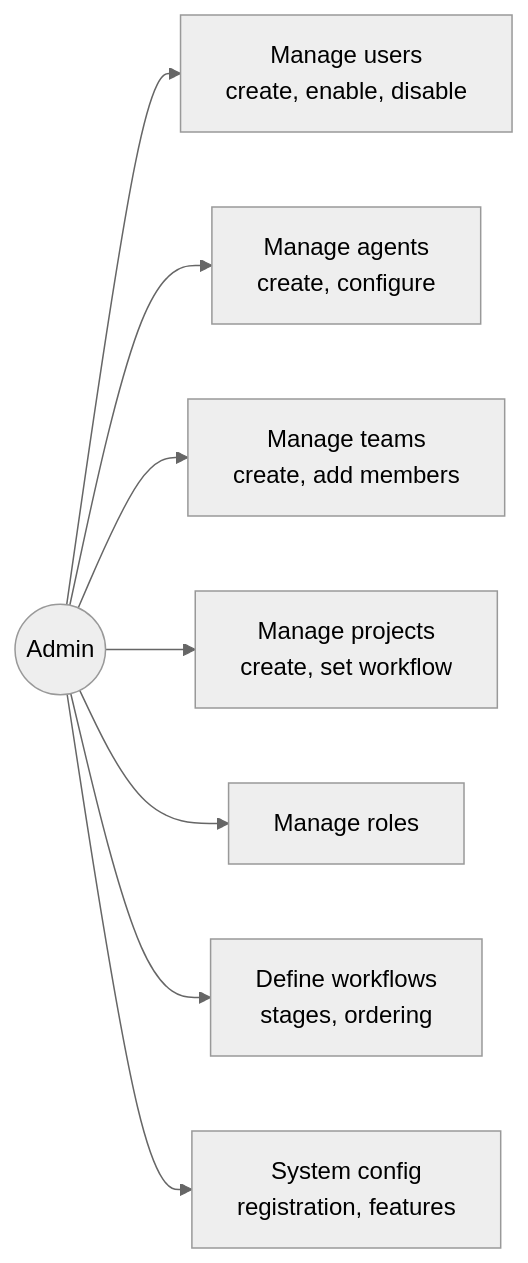
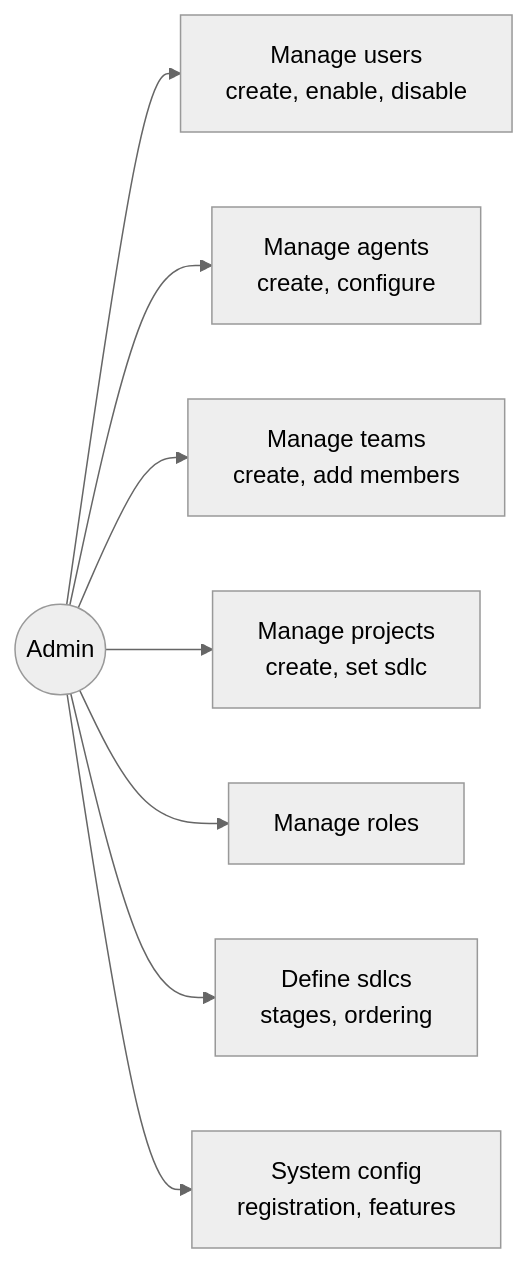
The seventh of 9 diagrams in README.md (simonski/ticket), drawn with Mermaid (neutral theme) before and after one commit. The commit also changed other lines of this file and 64 other files, not shown here.

First line of the commit message:
Phase 1: Rename workflow to sdlc throughout codebase

````diff
--- a/README.md
+++ b/README.md
@@ -343,11 +343,11 @@
 ```mermaid
 graph LR
     ADMIN((Admin))
     ADMIN --> USERS["Manage users<br/>create, enable, disable"]
     ADMIN --> AGENTS["Manage agents<br/>create, configure"]
     ADMIN --> TEAMS["Manage teams<br/>create, add members"]
-    ADMIN --> PROJECTS["Manage projects<br/>create, set workflow"]
+    ADMIN --> PROJECTS["Manage projects<br/>create, set sdlc"]
     ADMIN --> ROLES["Manage roles"]
-    ADMIN --> WF["Define workflows<br/>stages, ordering"]
+    ADMIN --> WF["Define sdlcs<br/>stages, ordering"]
     ADMIN --> SYS["System config<br/>registration, features"]
 ```
````
